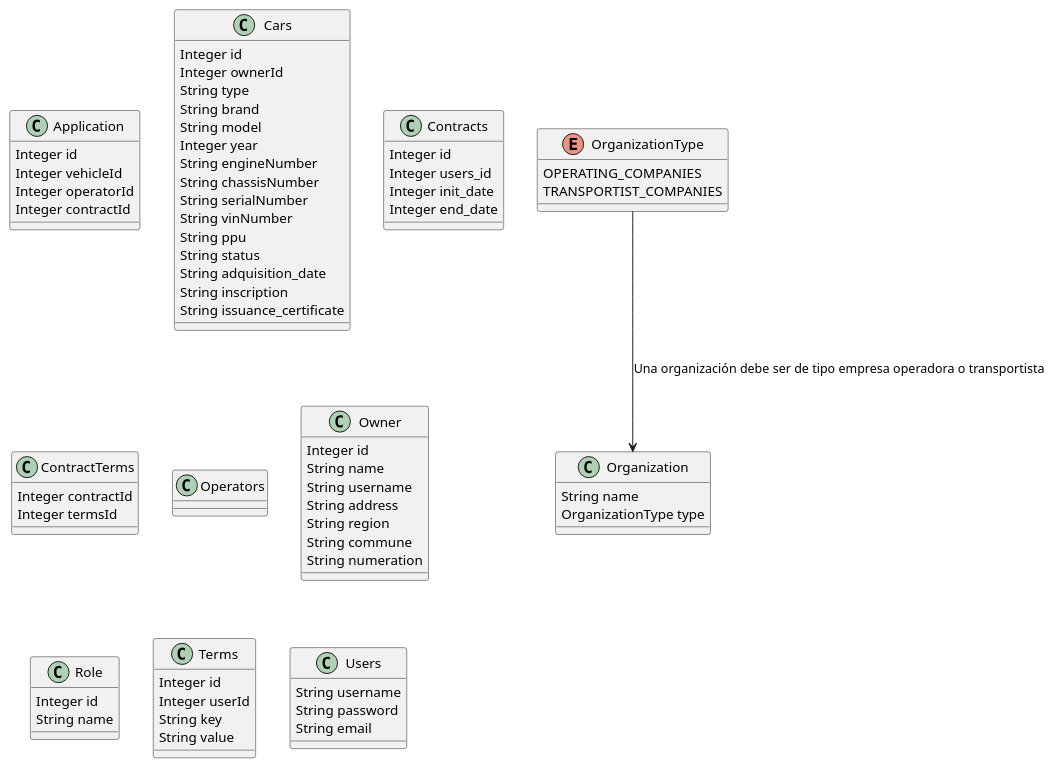
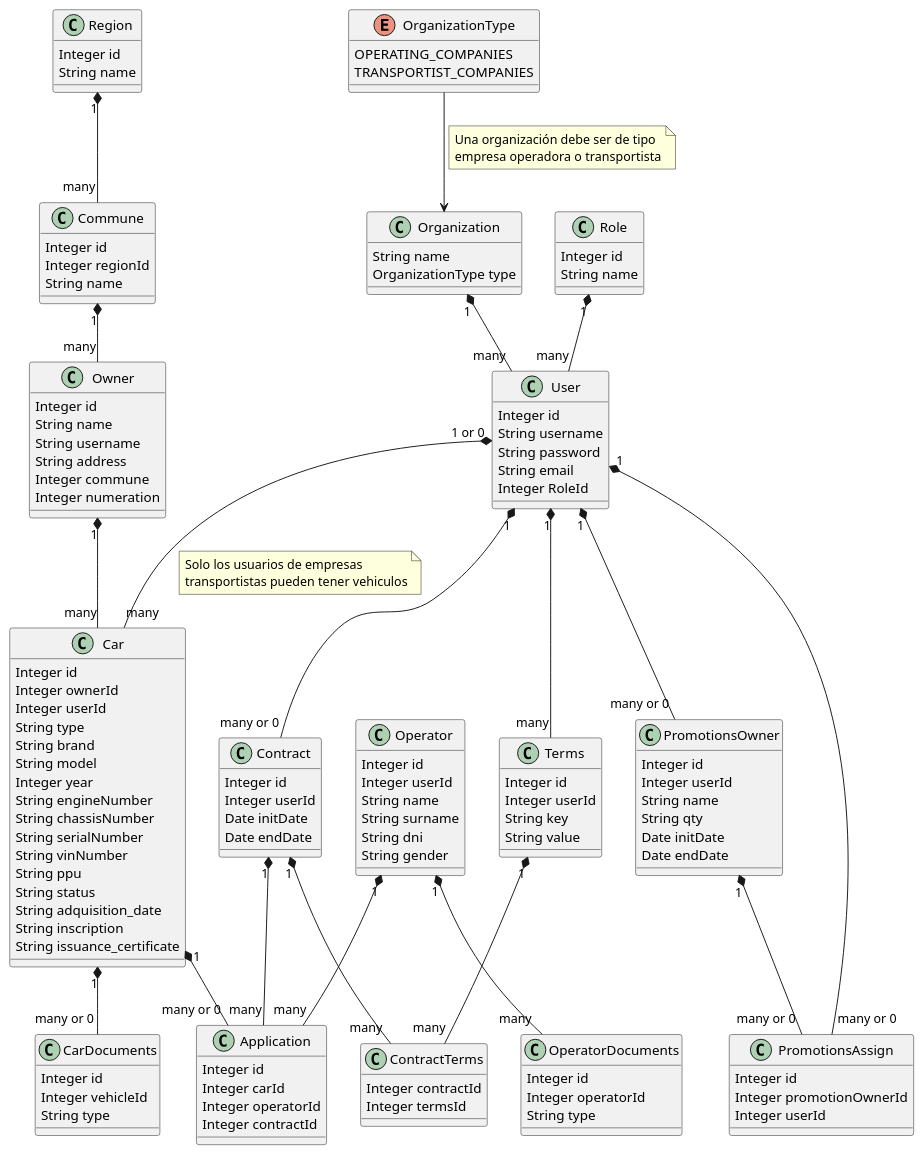
Before and after one commit to ubomagisterinformatica/carrier_assignment_system: the diagram in diagramas/clases/classes.plantuml, drawn with PlantUML. The commit also changed 1 other file, not shown here.

```diff
--- a/diagramas/clases/classes.plantuml
+++ b/diagramas/clases/classes.plantuml
@@ -1,80 +1,154 @@
 @startuml classes
     enum OrganizationType {
         OPERATING_COMPANIES
         TRANSPORTIST_COMPANIES
     }
     
     class Application {
         Integer id
-        Integer vehicleId
+        Integer carId
         Integer operatorId
         Integer contractId
     }
 
-    class Cars {
+    class Car {
         Integer id
         Integer ownerId
+        Integer userId
         String type
         String brand
         String model
         Integer year
         String engineNumber
         String chassisNumber
         String serialNumber
         String vinNumber
         String ppu
         String status
         String adquisition_date
         String inscription
         String issuance_certificate
     }
 
-    class Contracts {
+    class CarDocuments {
         Integer id
-        Integer users_id
-        Integer init_date
-        Integer end_date
+        Integer vehicleId
+        String type
+    }
+
+    class Contract {
+        Integer id
+        Integer userId
+        Date initDate
+        Date endDate
     }
 
     class ContractTerms {
         Integer contractId
         Integer termsId
     }
     
-    class Operators {}
+    class Operator {
+        Integer id
+        Integer userId
+        String name
+        String surname
+        String dni
+        String gender
+    }
+
+    class OperatorDocuments {
+        Integer id
+        Integer operatorId
+        String type
+    }
 
     class Organization { 
         String name
         OrganizationType type
     }
-    
-    OrganizationType --> Organization : Una organización debe ser de tipo empresa operadora o transportista
 
     class Owner {
         Integer id
         String name
         String username
         String address
-        String region
-        String commune
-        String numeration
+        Integer commune
+        Integer numeration
+    }
+
+    class PromotionsAssign {
+        Integer id
+        Integer promotionOwnerId
+        Integer userId
+    }
+
+    class PromotionsOwner {
+        Integer id
+        Integer userId
+        String name
+        String qty
+        Date initDate
+        Date endDate
+    }
+  
+    class Region {
+        Integer id
+        String name
+    }
+
+    class Commune {
+        Integer id
+        Integer regionId
+        String name
     }
 
     class Role {
         Integer id
         String name
     }
 
     class Terms {
         Integer id
         Integer userId
         String key
         String value
     }
 
-    class Users {
+    class User {
+        Integer id
         String username
         String password
         String email
+        Integer RoleId
     }
+
+    Organization "1" *-- "many" User
+    User "1 or 0" *-- "many" Car
+    note on link
+        Solo los usuarios de empresas 
+        transportistas pueden tener vehiculos
+    endnote
+    Owner "1" *-- "many" Car
+    OrganizationType --> Organization
+    note right on link
+        Una organización debe ser de tipo
+        empresa operadora o transportista
+    endnote
+    Region "1" *-- "many" Commune
+    Commune "1" *-- "many" Owner
+    Car "1" *-- "many or 0" Application
+    Car "1" *-- "many or 0" CarDocuments
+    User "1" *-- "many or 0" Contract
+    Contract "1" *-- "many" Application
+    Operator "1" *-- "many" Application
+    Contract "1" *-- "many" ContractTerms
+    Terms "1" *-- "many" ContractTerms
+    Role "1" *-- "many" User
+    Operator "1" *-- "many" OperatorDocuments
+    User "1" *-- "many" Terms
+    User "1" *-- "many or 0" PromotionsOwner
+    User "1" *-- "many or 0" PromotionsAssign
+    PromotionsOwner "1" *-- "many or 0" PromotionsAssign
+    
 @enduml
```
